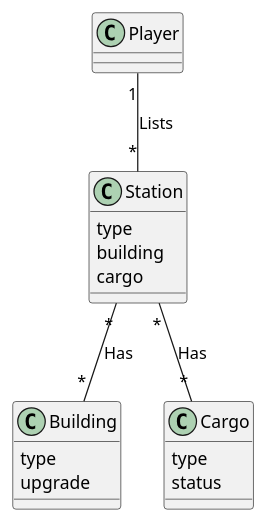
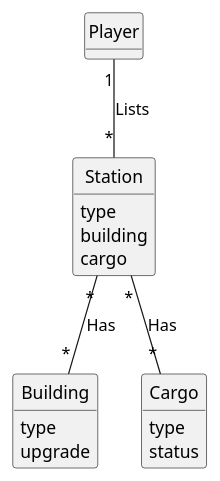
The diagram in docs/system-documentation/US007/02.analysis/puml/US007-DM.puml (goncalolopesp/sem2-pi-24.25-g093-repo), drawn with PlantUML before and after one commit. The commit also changed 4 other files, not shown here.

Commit message:
Domain Model Diagram

```diff
--- a/docs/system-documentation/US007/02.analysis/puml/US007-DM.puml
+++ b/docs/system-documentation/US007/02.analysis/puml/US007-DM.puml
@@ -1,28 +1,35 @@
 @startuml
+skinparam monochrome true
+skinparam packageStyle rectangle
+skinparam shadowing false
+skinparam classAttributeIconSize 0
+
+hide circle
+hide methods
 
 class Player{
 
 }
 
 class Station{
     type
     building
     cargo
 }
 
 class Building{
     type
     upgrade
 }
 
 class Cargo{
     type
     status
 }
 
 Player "1"--"*" Station : Lists
 
 Station "*"--"*" Building : Has
 Station "*"--"*" Cargo : Has
 
 @enduml
```
